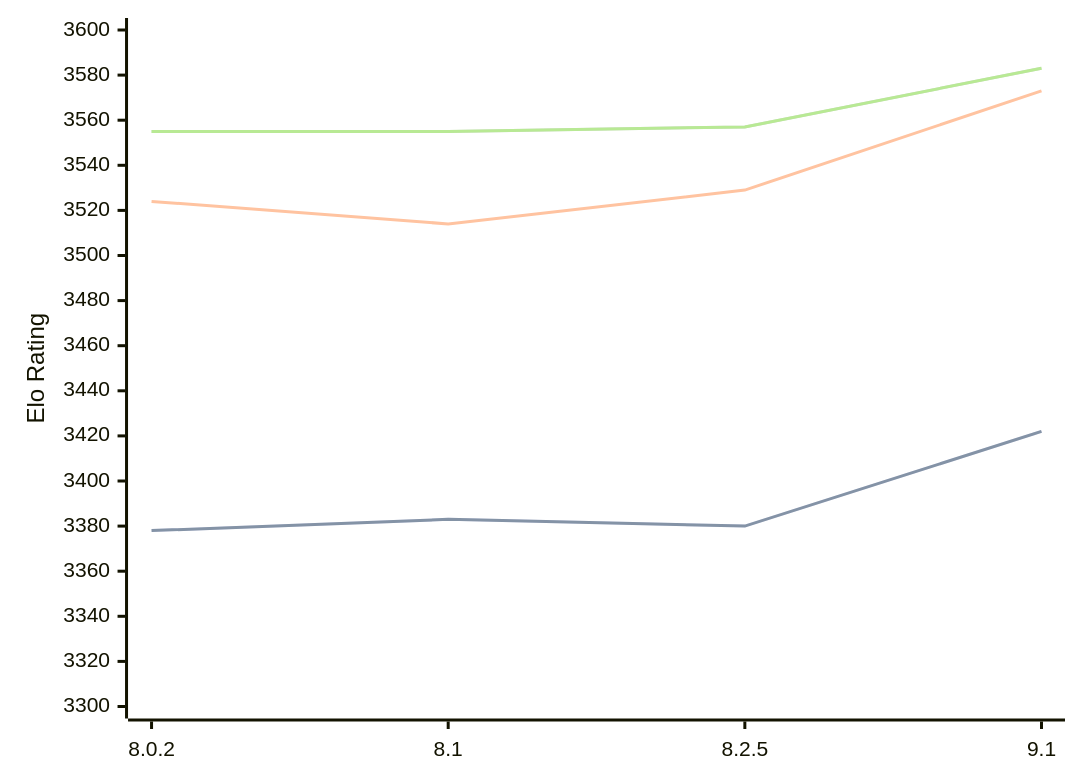
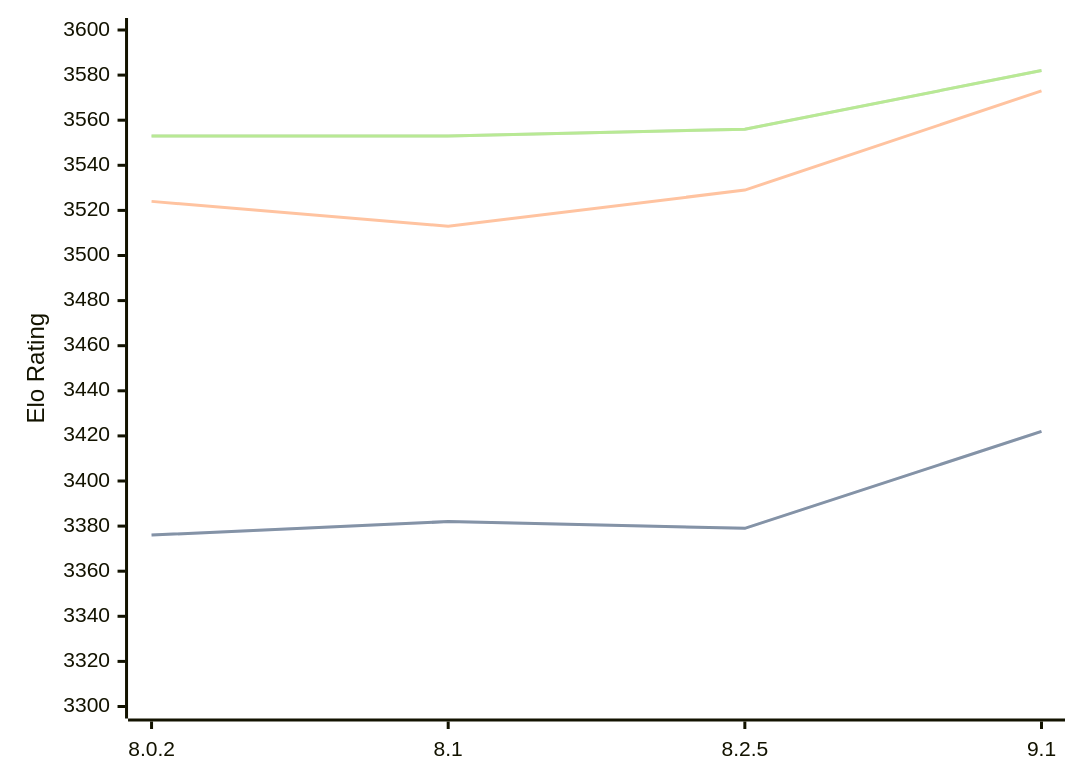
One commit to computer-chess-index/cci changed the diagram in engines/Clover.md. Above: the diagram before and after it, drawn with Mermaid. The commit also changed other lines of this file, not shown here.

Commit message:
Update CCI Ratings (ELO VLTC) - 2026-03-08

````diff
--- a/engines/Clover.md
+++ b/engines/Clover.md
@@ -62,11 +62,11 @@
 ```mermaid
 %%{init: {"theme":"base","themeVariables":{"seriesColors:['#a3a3a3','#222221','#faa371']}}}%%
 xychart-beta
   x-axis ["8.0.2", "8.1", "8.2.5", "9.1"]
   y-axis "Elo Rating" 3300 --> 3600
-  line "STC (8.0+0.08s)" [3378, 3383, 3380, 3422]
-  line "STC (8.0+0.08s)" [3378, 3383, 3380, 3422]
-  line "LTC (60.0+0.60s)" [3524, 3514, 3529, 3573]
-  line "VLTC (2m24s+1.12s)" [3555, 3555, 3557, 3583]
-  line "VLTC (2m24s+1.12s)" [3555, 3555, 3557, 3583]
+  line "STC (8.0+0.08s)" [3376, 3382, 3379, 3422]
+  line "STC (8.0+0.08s)" [3376, 3382, 3379, 3422]
+  line "LTC (60.0+0.60s)" [3524, 3513, 3529, 3573]
+  line "VLTC (2m24s+1.12s)" [3553, 3553, 3556, 3582]
+  line "VLTC (2m24s+1.12s)" [3553, 3553, 3556, 3582]
 ```
````
